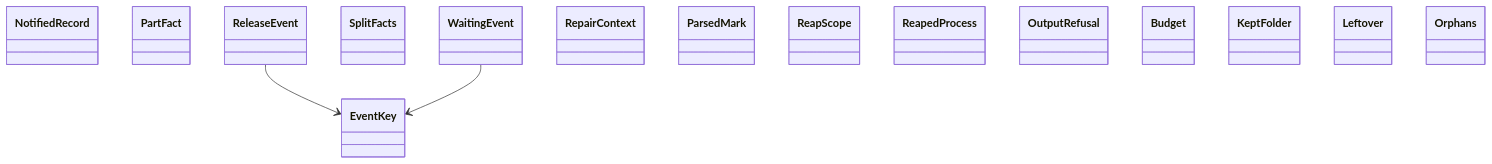
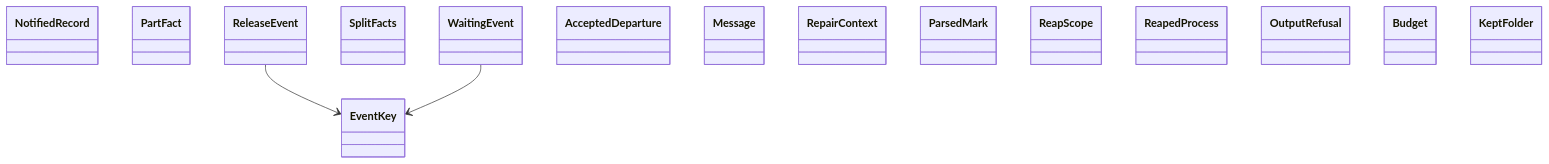
The diagram in docs/architecture/generated/classes-process-domain-machine-2.md (GonzaloZevallos/agentic-system), drawn with Mermaid before and after one commit. The commit also changed 3 other files, not shown here.

Commit message:
Regenerate the class docs after notify_message joined the machine group

````diff
--- a/docs/architecture/generated/classes-process-domain-machine-2.md
+++ b/docs/architecture/generated/classes-process-domain-machine-2.md
@@ -33,20 +33,20 @@
 ```mermaid
 classDiagram
     class notify__EventKey["EventKey"]
     class notify__NotifiedRecord["NotifiedRecord"]
     class notify__PartFact["PartFact"]
     class notify__ReleaseEvent["ReleaseEvent"]
     class notify__SplitFacts["SplitFacts"]
     class notify__WaitingEvent["WaitingEvent"]
+    class notify_message__AcceptedDeparture["AcceptedDeparture"]
+    class notify_message__Message["Message"]
     class output_repair__RepairContext["RepairContext"]
     class reaping__ParsedMark["ParsedMark"]
     class reaping__ReapScope["ReapScope"]
     class reaping__ReapedProcess["ReapedProcess"]
     class refusal__OutputRefusal["OutputRefusal"]
     class retakes__Budget["Budget"]
     class scratch__KeptFolder["KeptFolder"]
-    class scratch__Leftover["Leftover"]
-    class scratch__Orphans["Orphans"]
     notify__ReleaseEvent --> notify__EventKey
     notify__WaitingEvent --> notify__EventKey
 ```
````
